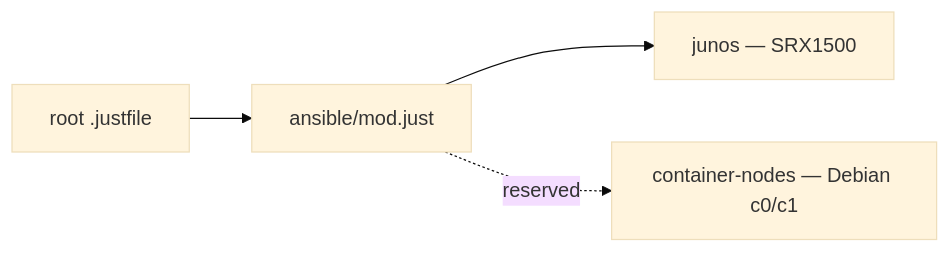
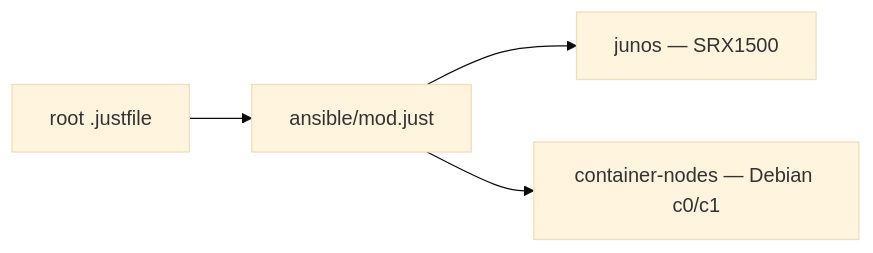
The diagram in ansible/README.md (trosvald/infrastructure), drawn with Mermaid (base theme) before and after one commit. The commit also changed other lines of this file and 181 other files, not shown here.

````diff
--- a/ansible/README.md
+++ b/ansible/README.md
@@ -12,6 +12,6 @@
 ```mermaid
 flowchart LR
   Root["root .justfile"] --> Dispatcher["ansible/mod.just"]
   Dispatcher --> Junos["junos — SRX1500"]
-  Dispatcher -. reserved .-> Nodes["container-nodes — Debian c0/c1"]
+  Dispatcher --> Nodes["container-nodes — Debian c0/c1"]
 ```
````
